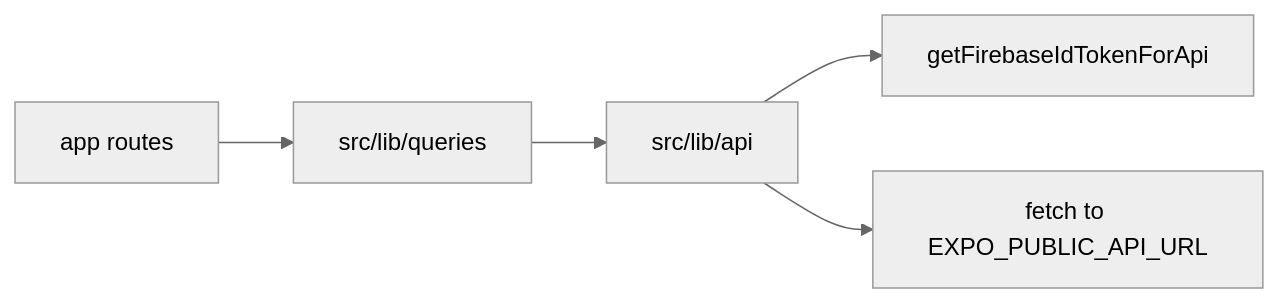
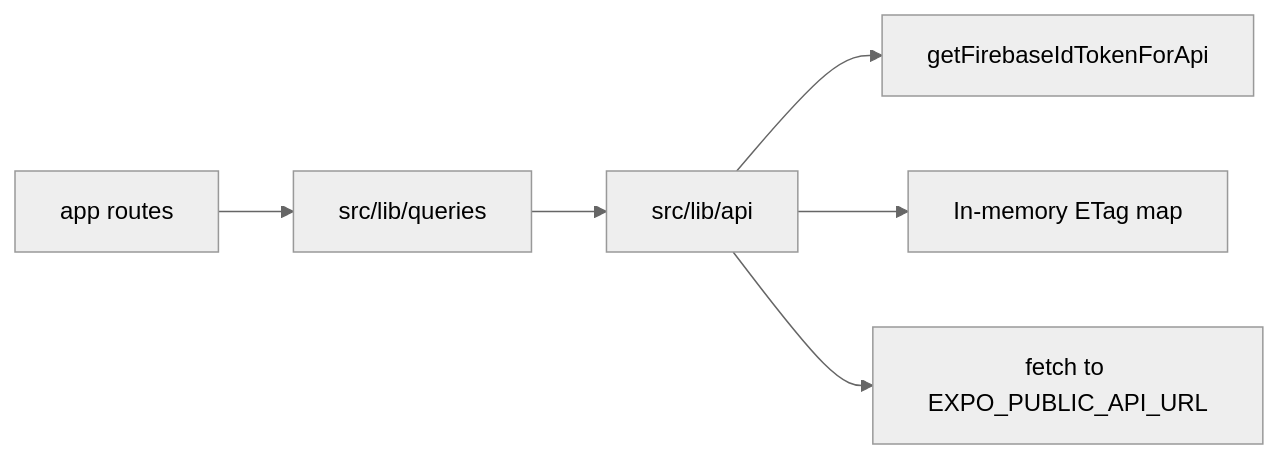
The diagram in docs/architecture.md (RAJR-Software-LLC/calorie-tracker), drawn with Mermaid (neutral theme) before and after one commit. The commit also changed other lines of this file and 33 other files, not shown here.

````diff
--- a/docs/architecture.md
+++ b/docs/architecture.md
@@ -13,12 +13,14 @@
 ```mermaid
 flowchart LR
   Screens[app routes]
   Queries[src/lib/queries]
   Api[src/lib/api]
+  ETag[In-memory ETag map]
   Token[getFirebaseIdTokenForApi]
   Http[fetch to EXPO_PUBLIC_API_URL]
   Screens --> Queries
   Queries --> Api
   Api --> Token
+  Api --> ETag
   Api --> Http
 ```
````
